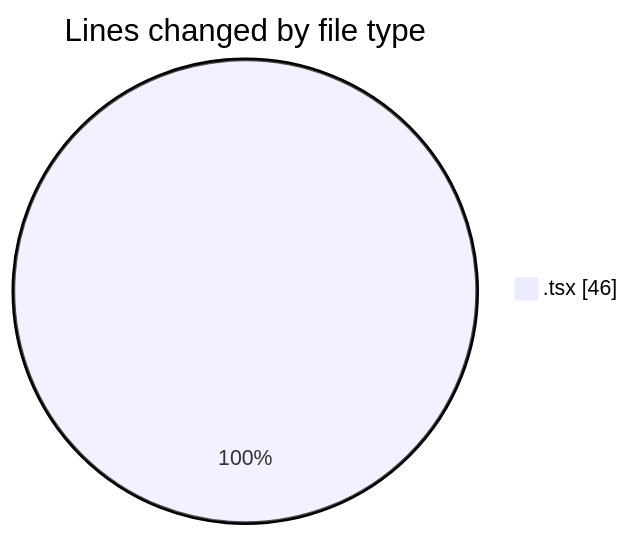
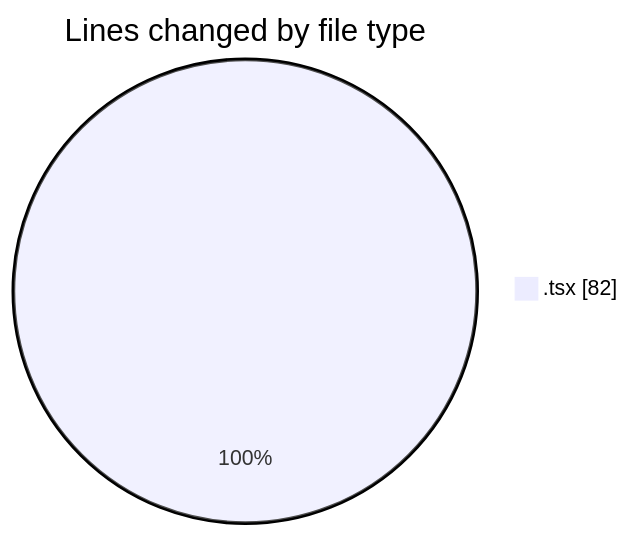
One commit to robertbonfada/code-tracking changed the first of 2 diagrams in 2025-01-09/mbc-web/README.md. Above: the diagram before and after it, drawn with Mermaid. The commit also changed other lines of this file and 1 other file, not shown here.

````diff
--- a/2025-01-09/mbc-web/README.md
+++ b/2025-01-09/mbc-web/README.md
@@ -21,5 +23,5 @@
 ```mermaid
 pie showData
 title Lines changed by file type
-".tsx" : 46
+".tsx" : 82
 ```
````
